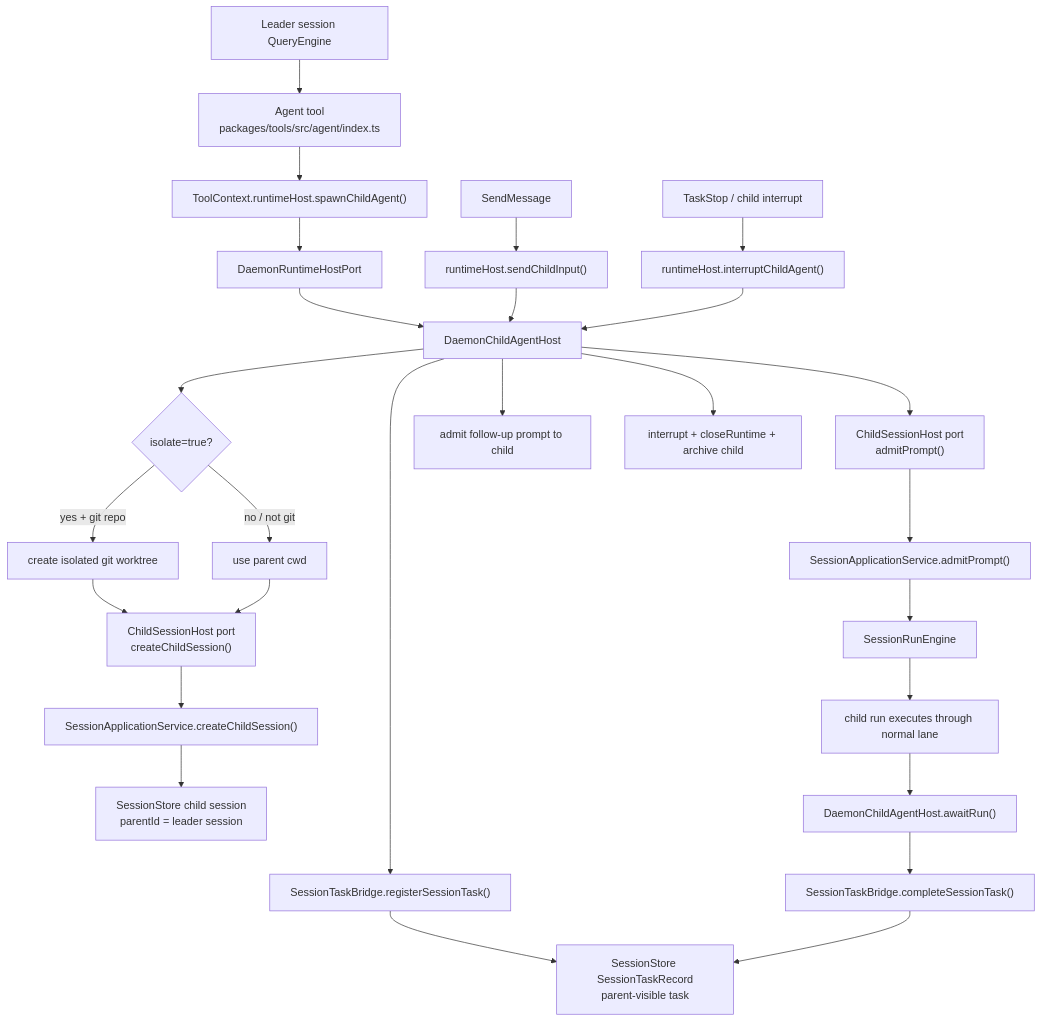
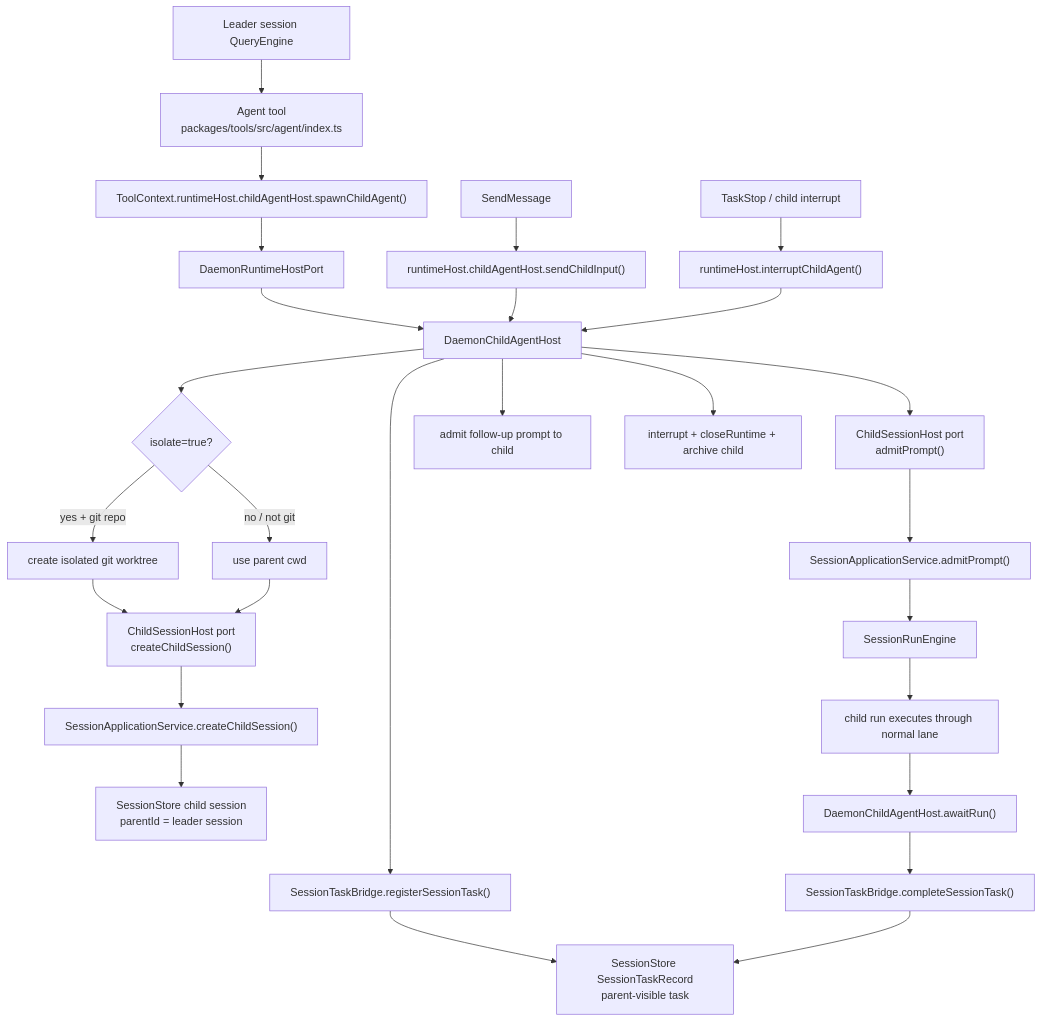
Before and after one commit to rzx007/openharness-ts: the diagram in docs/agent-child-session-flow.md, drawn with Mermaid. The commit also changed other lines of this file and 9 other files, not shown here.

Commit message:
docs(agent): document optional child host capability

````diff
--- a/docs/agent-child-session-flow.md
+++ b/docs/agent-child-session-flow.md
@@ -18,35 +18,35 @@
 ```mermaid
 flowchart TD
   leader["Leader session QueryEngine"] --> agent["Agent tool<br/>packages/tools/src/agent/index.ts"]
-  agent --> host["ToolContext.runtimeHost.spawnChildAgent()"]
+  agent --> host["ToolContext.runtimeHost.childAgentHost.spawnChildAgent()"]
   host --> runtimeHost["DaemonRuntimeHostPort"]
   runtimeHost --> childAgentHost["DaemonChildAgentHost"]
 
   childAgentHost --> isolate{"isolate=true?"}
   isolate -->|"yes + git repo"| worktree["create isolated git worktree"]
   isolate -->|"no / not git"| cwd["use parent cwd"]
   worktree --> createChild["ChildSessionHost port<br/>createChildSession()"]
   cwd --> createChild
 
   createChild --> app["SessionApplicationService.createChildSession()"]
   app --> storeChild["SessionStore child session<br/>parentId = leader session"]
 
   childAgentHost --> task["SessionTaskBridge.registerSessionTask()"]
   task --> storeTask["SessionStore SessionTaskRecord<br/>parent-visible task"]
 
   childAgentHost --> admit["ChildSessionHost port<br/>admitPrompt()"]
   admit --> appAdmit["SessionApplicationService.admitPrompt()"]
   appAdmit --> engine["SessionRunEngine"]
   engine --> childRun["child run executes through normal lane"]
   childRun --> await["DaemonChildAgentHost.awaitRun()"]
   await --> complete["SessionTaskBridge.completeSessionTask()"]
   complete --> storeTask
 
-  send["SendMessage"] --> sendHost["runtimeHost.sendChildInput()"]
+  send["SendMessage"] --> sendHost["runtimeHost.childAgentHost.sendChildInput()"]
   sendHost --> childAgentHost
   childAgentHost --> admitFollowup["admit follow-up prompt to child"]
 
   stop["TaskStop / child interrupt"] --> interrupt["runtimeHost.interruptChildAgent()"]
   interrupt --> childAgentHost
   childAgentHost --> archive["interrupt + closeRuntime + archive child"]
 ```
````
